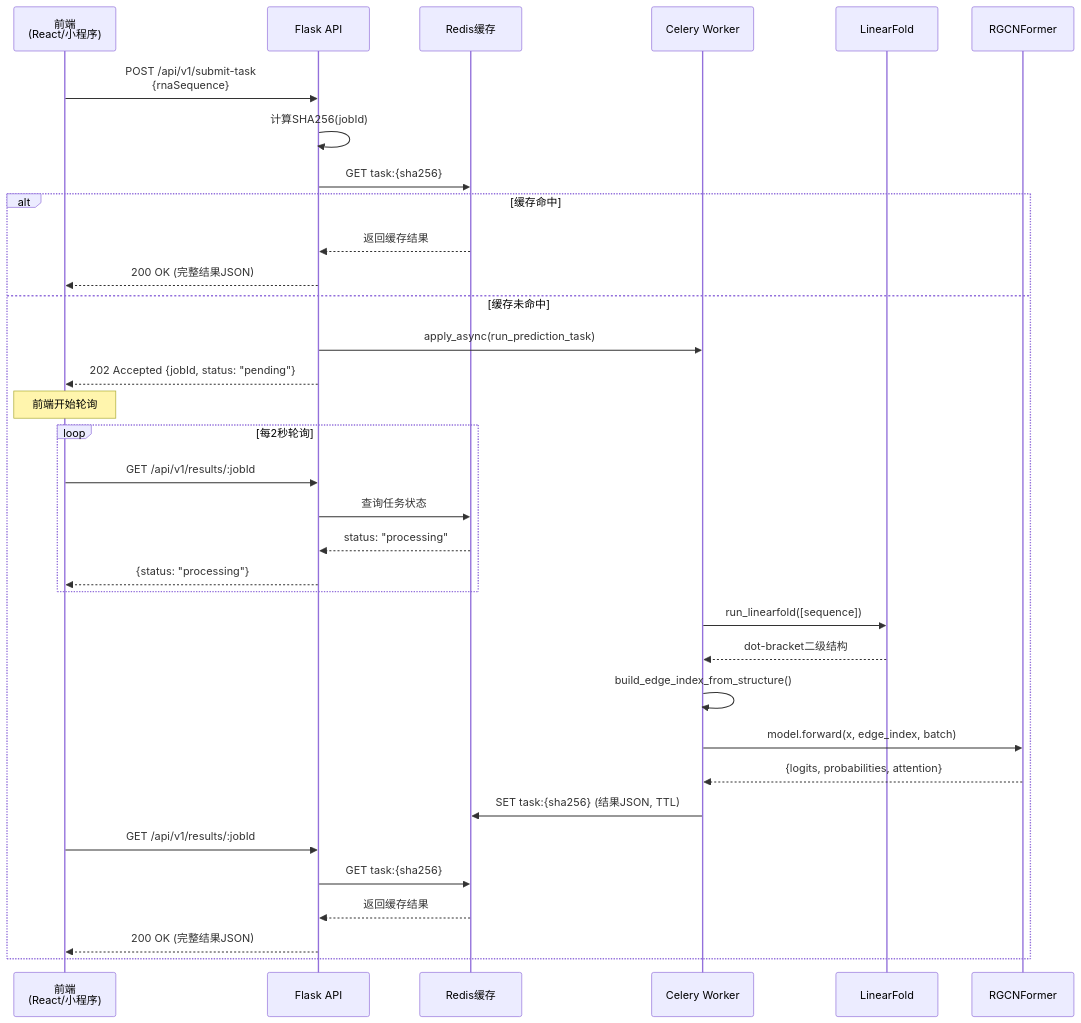
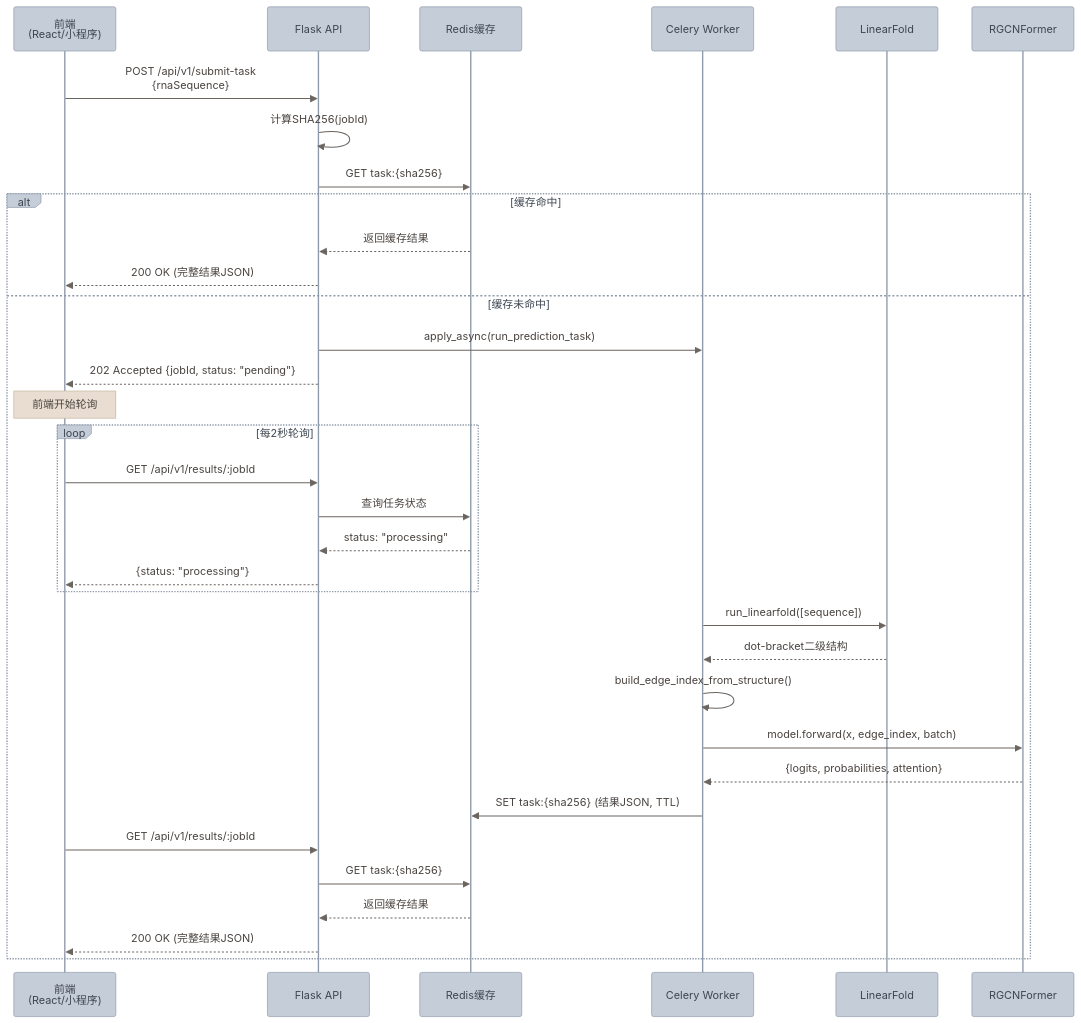
One commit to fdiskdc/RGCNFormer_WebAndWx_backend changed the ninth of 19 diagrams in md/RMA序列修饰检测可视化系统架构说明文档.md. Above: the diagram before and after it, drawn with Mermaid. The commit also changed other lines of this file, not shown here.

````diff
--- a/md/RMA序列修饰检测可视化系统架构说明文档.md
+++ b/md/RMA序列修饰检测可视化系统架构说明文档.md
@@ -905,42 +811,43 @@
 ```mermaid
+%%{init: {'theme': 'base', 'themeVariables': {'primaryColor': '#EDE7E0', 'primaryTextColor': '#4A4440', 'primaryBorderColor': '#C4BAA8', 'lineColor': '#B0A898', 'secondaryColor': '#E2DCD4', 'background': '#F8F5F0', 'fontSize': '13px', 'actorBkg': '#C5CDD8', 'actorTextColor': '#3D4550', 'actorBorder': '#8E9AAA', 'signalColor': '#6B6560', 'signalTextColor': '#4A4440', 'activationBkgColor': '#EDE7E0', 'activationBorderColor': '#C4BAA8', 'sequenceNumberColor': '#F8F5F0', 'noteBkgColor': '#E8DDD0', 'noteTextColor': '#4A4440', 'noteBorderColor': '#C4B8A0'}}}%%
 sequenceDiagram
     participant 前端 as 前端<br/>(React/小程序)
     participant Flask as Flask API
     participant Redis as Redis缓存
     participant Celery as Celery Worker
     participant LF as LinearFold
     participant Model as RGCNFormer
 
     前端->>Flask: POST /api/v1/submit-task<br/>{rnaSequence}
     Flask->>Flask: 计算SHA256(jobId)
     Flask->>Redis: GET task:{sha256}
 
     alt 缓存命中
         Redis-->>Flask: 返回缓存结果
         Flask-->>前端: 200 OK (完整结果JSON)
     else 缓存未命中
         Flask->>Celery: apply_async(run_prediction_task)
         Flask-->>前端: 202 Accepted {jobId, status: "pending"}
         
         Note over 前端: 前端开始轮询
 
         loop 每2秒轮询
             前端->>Flask: GET /api/v1/results/:jobId
             Flask->>Redis: 查询任务状态
             Redis-->>Flask: status: "processing"
             Flask-->>前端: {status: "processing"}
         end
 
         Celery->>LF: run_linearfold([sequence])
         LF-->>Celery: dot-bracket二级结构
         Celery->>Celery: build_edge_index_from_structure()
         Celery->>Model: model.forward(x, edge_index, batch)
         Model-->>Celery: {logits, probabilities, attention}
         Celery->>Redis: SET task:{sha256} (结果JSON, TTL)
 
         前端->>Flask: GET /api/v1/results/:jobId
         Flask->>Redis: GET task:{sha256}
         Redis-->>Flask: 返回缓存结果
         Flask-->>前端: 200 OK (完整结果JSON)
     end
 ```
````
